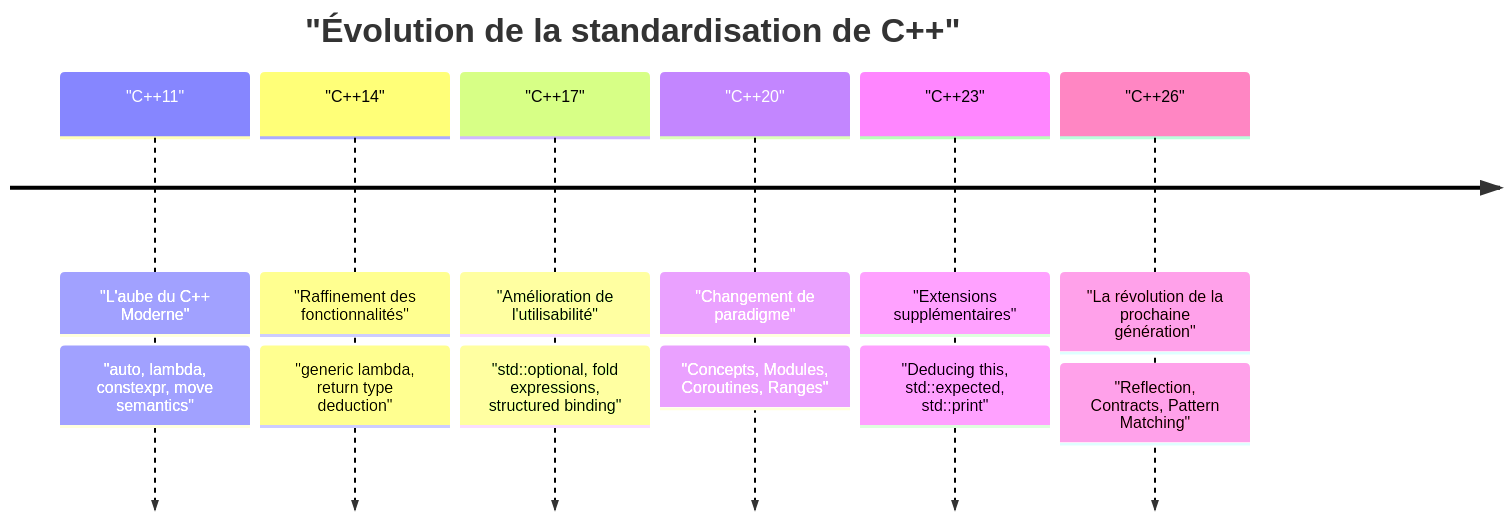
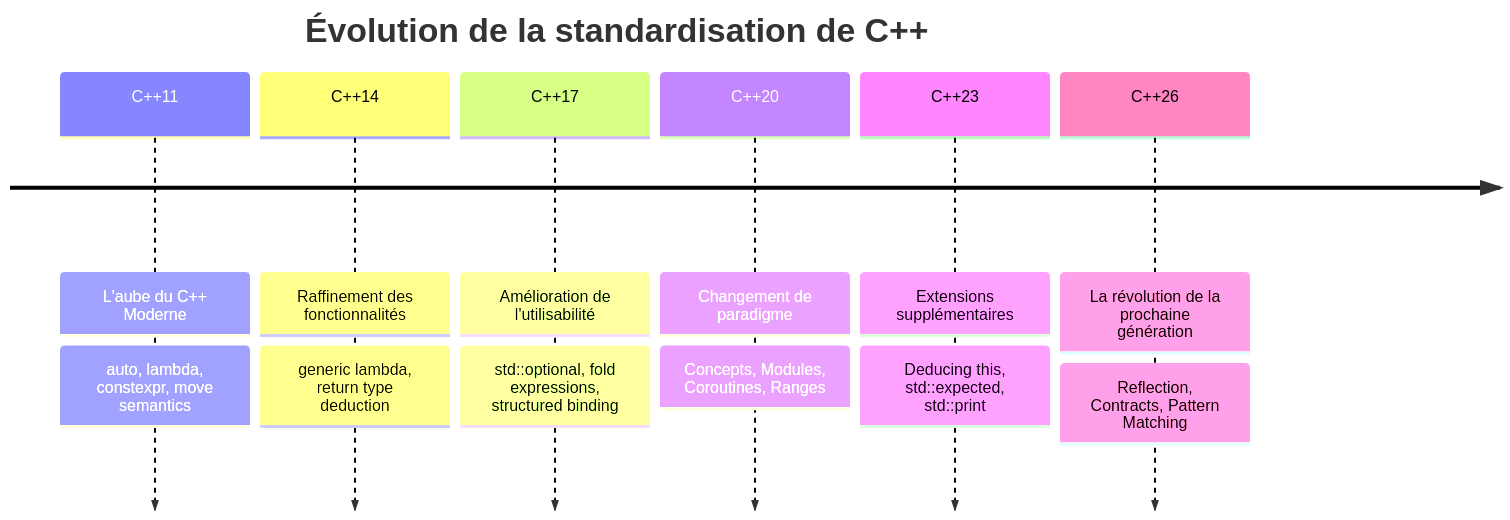
The first of 4 diagrams in content/post/cpp26新機能/index.fr.md (kenjinote/blog), drawn with Mermaid before and after one commit. The commit also changed other lines of this file and 703 other files, not shown here.

Commit message:
Fix: Remove quotes from Mermaid link texts and timeline definitions to support Mermaid 11.4.1

````diff
--- a/content/post/cpp26新機能/index.fr.md
+++ b/content/post/cpp26新機能/index.fr.md
@@ -20,10 +20,10 @@
 ```mermaid
 timeline
-    title "Évolution de la standardisation de C++"
-    "C++11" : "L'aube du C++ Moderne" : "auto, lambda, constexpr, move semantics"
-    "C++14" : "Raffinement des fonctionnalités" : "generic lambda, return type deduction"
-    "C++17" : "Amélioration de l'utilisabilité" : "std::optional, fold expressions, structured binding"
-    "C++20" : "Changement de paradigme" : "Concepts, Modules, Coroutines, Ranges"
-    "C++23" : "Extensions supplémentaires" : "Deducing this, std::expected, std::print"
-    "C++26" : "La révolution de la prochaine génération" : "Reflection, Contracts, Pattern Matching"
+    title Évolution de la standardisation de C++
+    C++11 : L'aube du C++ Moderne : auto, lambda, constexpr, move semantics
+    C++14 : Raffinement des fonctionnalités : generic lambda, return type deduction
+    C++17 : Amélioration de l'utilisabilité : std::optional, fold expressions, structured binding
+    C++20 : Changement de paradigme : Concepts, Modules, Coroutines, Ranges
+    C++23 : Extensions supplémentaires : Deducing this, std::expected, std::print
+    C++26 : La révolution de la prochaine génération : Reflection, Contracts, Pattern Matching
 ```
````
